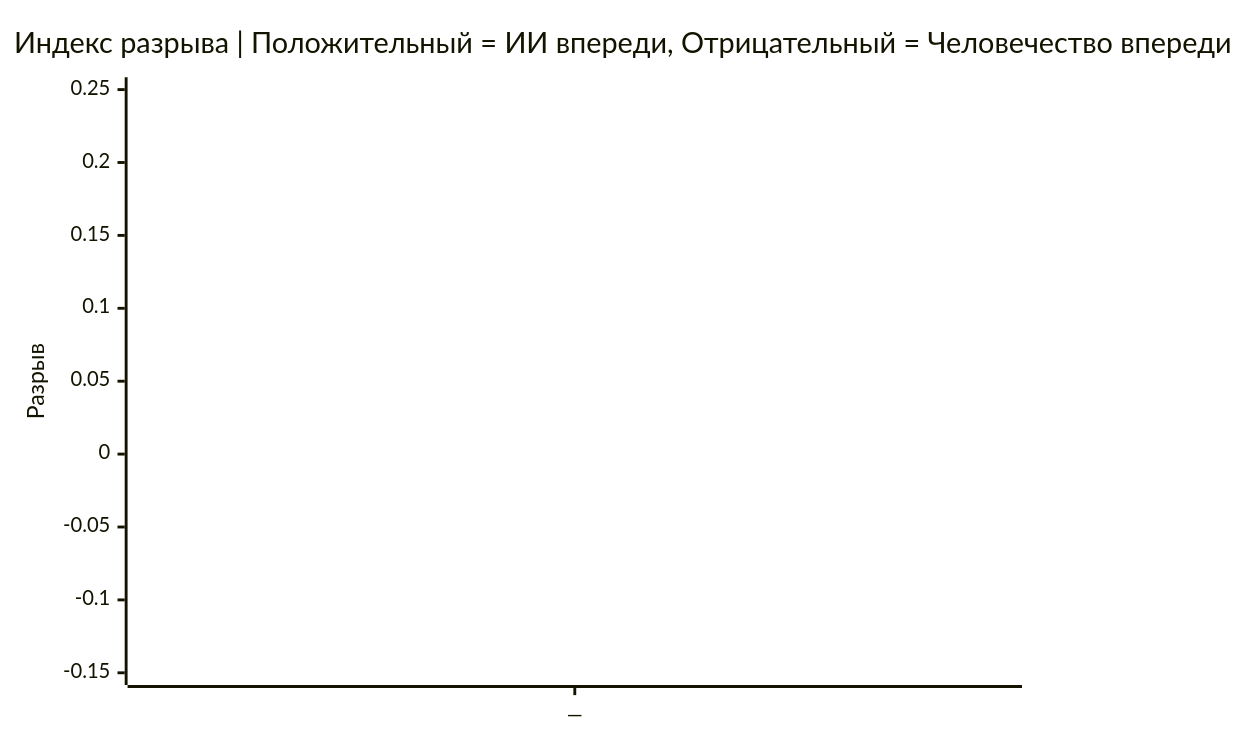
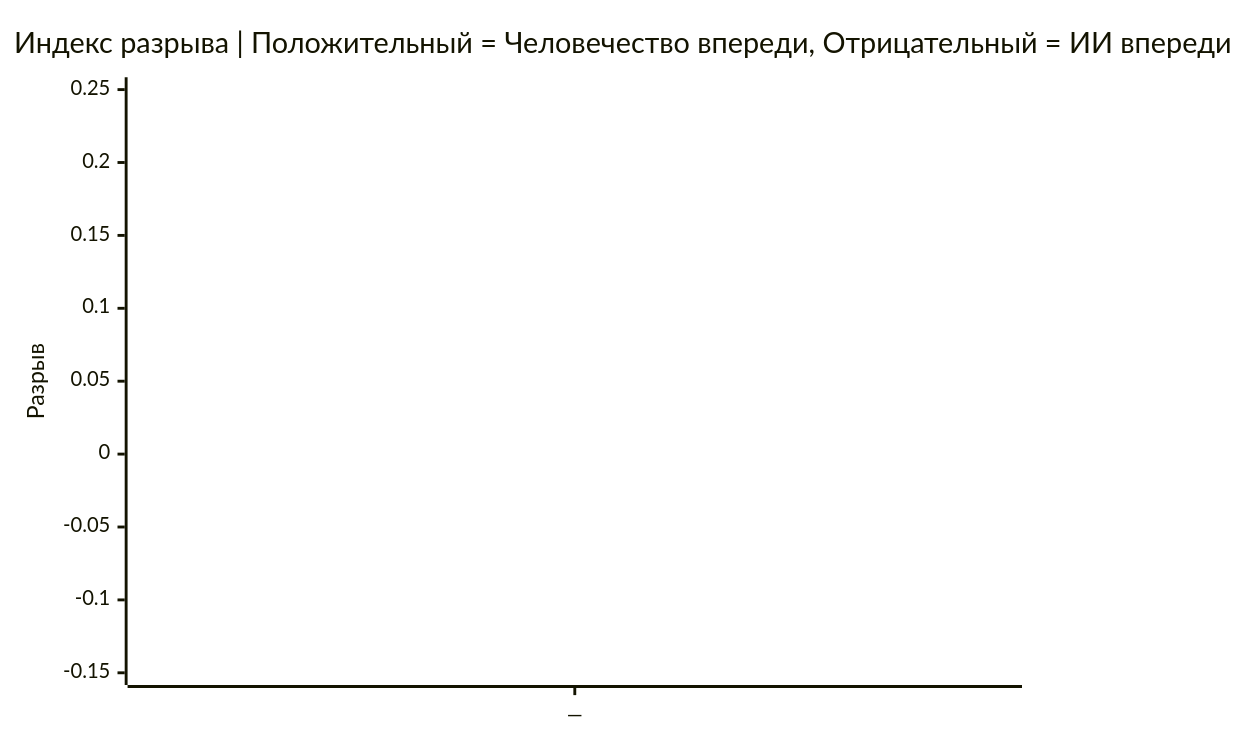
One commit to VQQLK/Human-AI-Monitor changed the second of 2 diagrams in README.ru.md. Above: the diagram before and after it, drawn with Mermaid. The commit also changed other lines of this file and 3 other files, not shown here.

````diff
--- a/README.ru.md
+++ b/README.ru.md
@@ -42,7 +42,7 @@
 ```mermaid
 xychart-beta
-    title "Индекс разрыва | Положительный = ИИ впереди, Отрицательный = Человечество впереди"
+    title "Индекс разрыва | Положительный = Человечество впереди, Отрицательный = ИИ впереди"
     x-axis ["—"]
     y-axis "Разрыв" -0.15 --> 0.25
     line [0]
 ```
````
